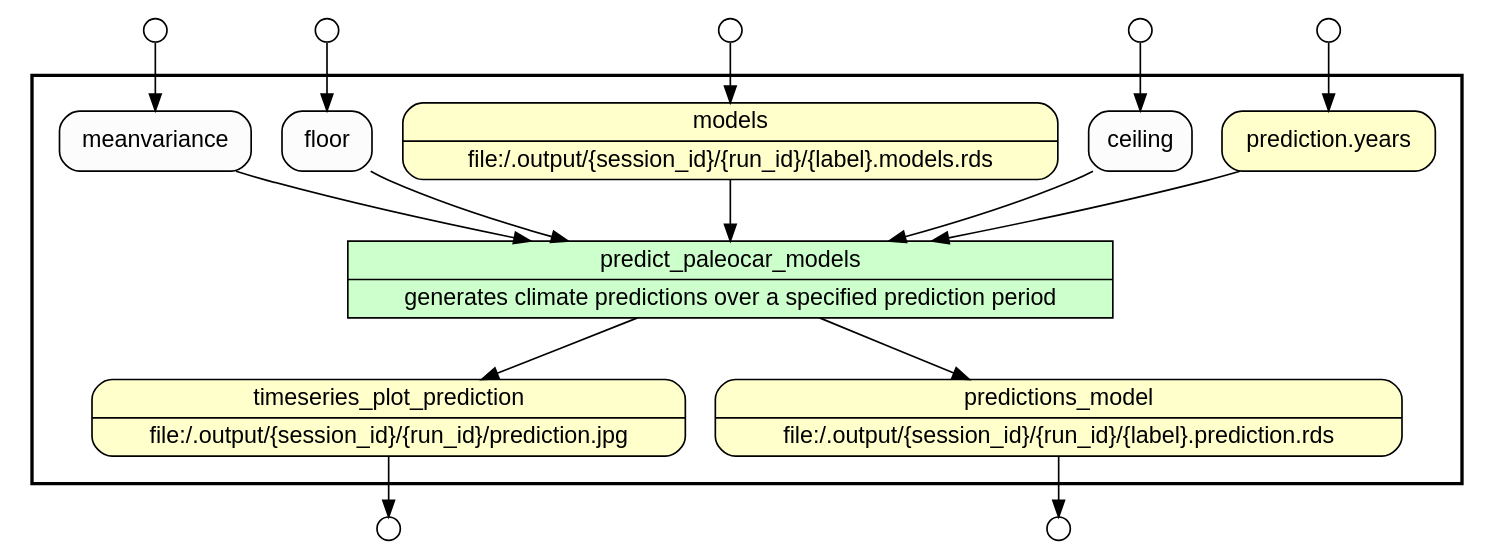
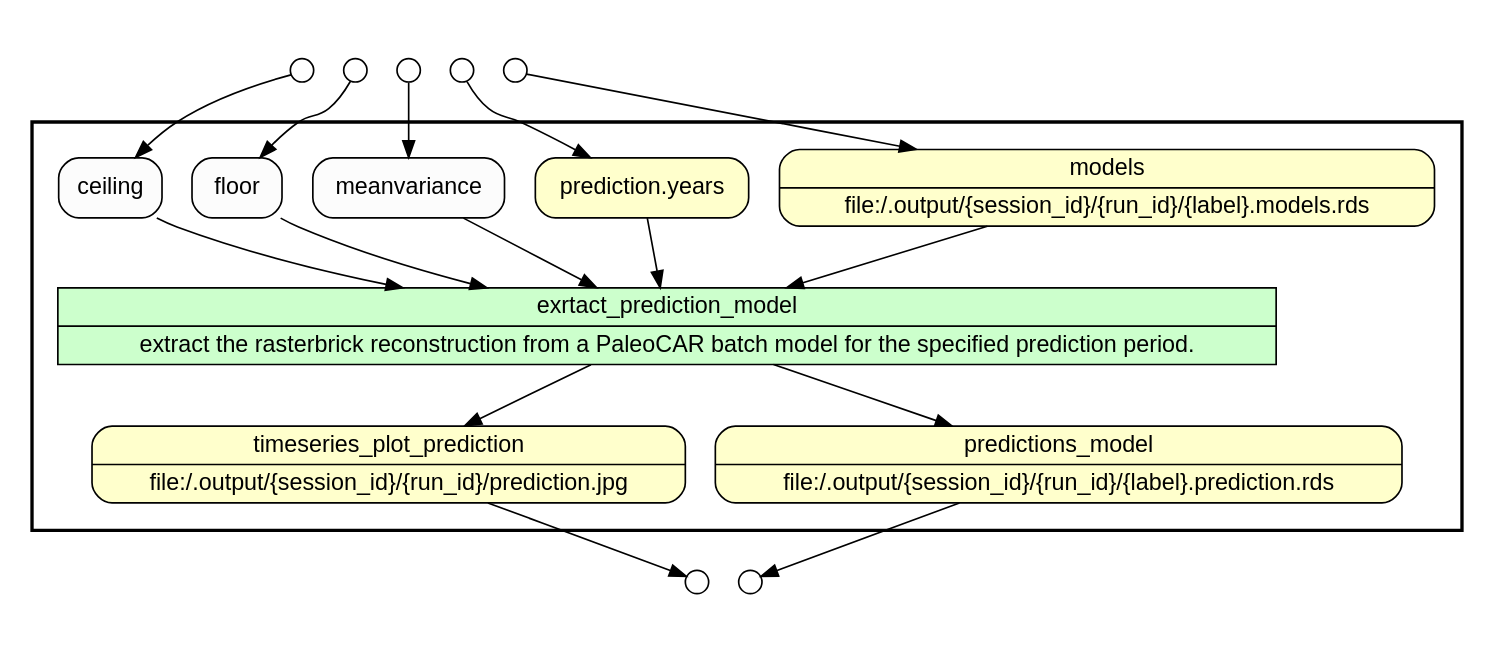
Before and after one commit to idaks/wt-prov-Summer-2017: the diagram in .prov_scripts/gv_files/predict_paleocar_models.gv, drawn with Graphviz. The commit also changed 91 other files, not shown here.

Commit message:
Updated Provenance Graphs

```diff
--- a/.prov_scripts/gv_files/predict_paleocar_models.gv
+++ b/.prov_scripts/gv_files/predict_paleocar_models.gv
@@ -1,42 +1,48 @@
 digraph Workflow {
 rankdir=TB
 fontname=Helvetica; fontsize=18; labelloc=t
 label=""
 subgraph cluster_workflow_box_outer { label=""; color=black; penwidth=2
 subgraph cluster_workflow_box_inner { label=""; penwidth=0
 node[shape=box style=filled fillcolor="#CCFFCC" peripheries=1 fontname=Helvetica]
-predict_paleocar_models [shape=record rankdir=LR label="{<f0> predict_paleocar_models |<f1> generates climate predictions over a specified prediction period}"];
+exrtact_prediction_model [shape=record rankdir=LR label="{<f0> exrtact_prediction_model |<f1> extract the rasterbrick reconstruction from a PaleoCAR batch model for the specified prediction period.}"];
 node[shape=box style="rounded,filled" fillcolor="#FFFFCC" peripheries=1 fontname=Helvetica]
 timeseries_plot_prediction [shape=record rankdir=LR label="{<f0> timeseries_plot_prediction |<f1> file\:/.output/\{session_id\}/\{run_id\}/prediction.jpg}"];
 predictions_model [shape=record rankdir=LR label="{<f0> predictions_model |<f1> file\:/.output/\{session_id\}/\{run_id\}/\{label\}.prediction.rds}"];
 models [shape=record rankdir=LR label="{<f0> models |<f1> file\:/.output/\{session_id\}/\{run_id\}/\{label\}.models.rds}"];
 "prediction.years"
 node[shape=box style="rounded,filled" fillcolor="#FCFCFC" peripheries=1 fontname=Helvetica]
 meanvariance
 floor
 ceiling
-predict_paleocar_models -> timeseries_plot_prediction
-predict_paleocar_models -> predictions_model
-meanvariance -> predict_paleocar_models
-floor -> predict_paleocar_models
-models -> predict_paleocar_models
-ceiling -> predict_paleocar_models
-"prediction.years" -> predict_paleocar_models
+exrtact_prediction_model -> timeseries_plot_prediction
+exrtact_prediction_model -> predictions_model
+meanvariance -> exrtact_prediction_model
+floor -> exrtact_prediction_model
+models -> exrtact_prediction_model
+ceiling -> exrtact_prediction_model
+"prediction.years" -> exrtact_prediction_model
 }}
+subgraph cluster_input_ports_group_outer { label=""; penwidth=0
+subgraph cluster_input_ports_group_inner { label=""; penwidth=0
 node[shape=circle style="rounded,filled" fillcolor="#FFFFFF" peripheries=1 fontname=Helvetica width=0.2]
 meanvariance_input_port [label=""]
 floor_input_port [label=""]
 models_input_port [label=""]
 ceiling_input_port [label=""]
 "prediction.years_input_port" [label=""]
+}}
+subgraph cluster_output_ports_group_outer { label=""; penwidth=0
+subgraph cluster_output_ports_group_inner { label=""; penwidth=0
 node[shape=circle style="rounded,filled" fillcolor="#FFFFFF" peripheries=1 fontname=Helvetica width=0.2]
 timeseries_plot_prediction_output_port [label=""]
 predictions_model_output_port [label=""]
+}}
 meanvariance_input_port -> meanvariance
 floor_input_port -> floor
 models_input_port -> models
 ceiling_input_port -> ceiling
 "prediction.years_input_port" -> "prediction.years"
 timeseries_plot_prediction -> timeseries_plot_prediction_output_port
 predictions_model -> predictions_model_output_port
 }
```
